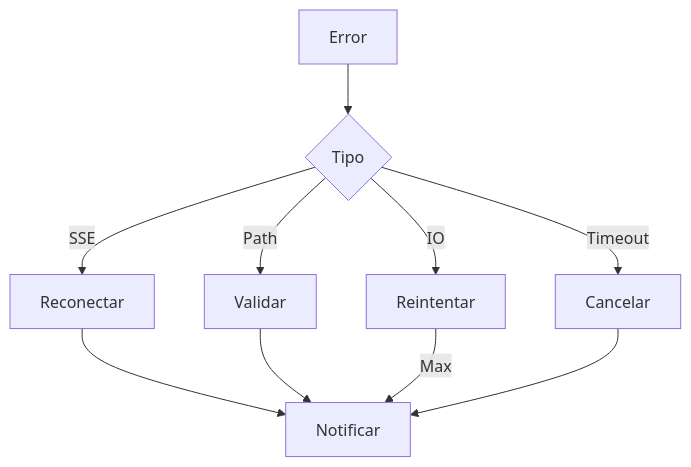
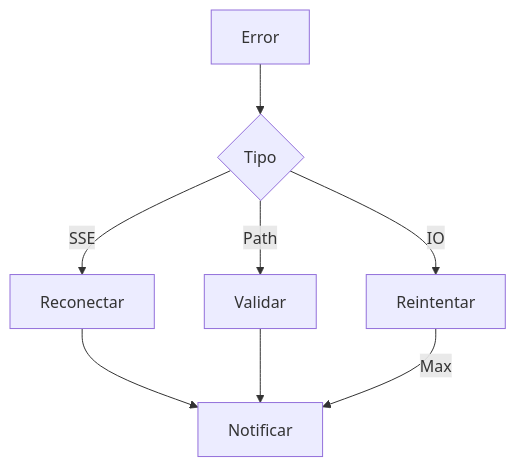
One commit to gvastethecreator/media-manager changed the fourth of 4 diagrams in docs/services/folder-service.md. Above: the diagram before and after it, drawn with Mermaid. The commit also changed other lines of this file and 1 other file, not shown here.

````diff
--- a/docs/services/folder-service.md
+++ b/docs/services/folder-service.md
@@ -280,12 +257,10 @@
 ```mermaid
 flowchart TD
 	A[Error] --> B{Tipo}
 	B -->|SSE| C[Reconectar]
 	B -->|Path| D[Validar]
 	B -->|IO| E[Reintentar]
-	B -->|Timeout| F[Cancelar]
-	C --> G[Notificar]
-	D --> G
-	E -->|Max| G
-	F --> G
+	C --> F[Notificar]
+	D --> F
+	E -->|Max| F
 ```
````
